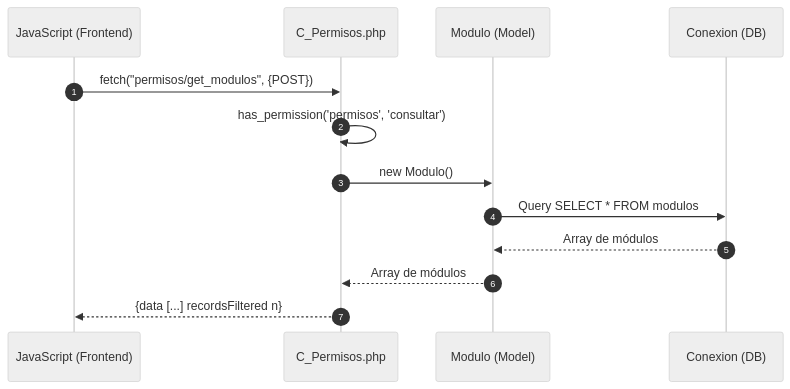
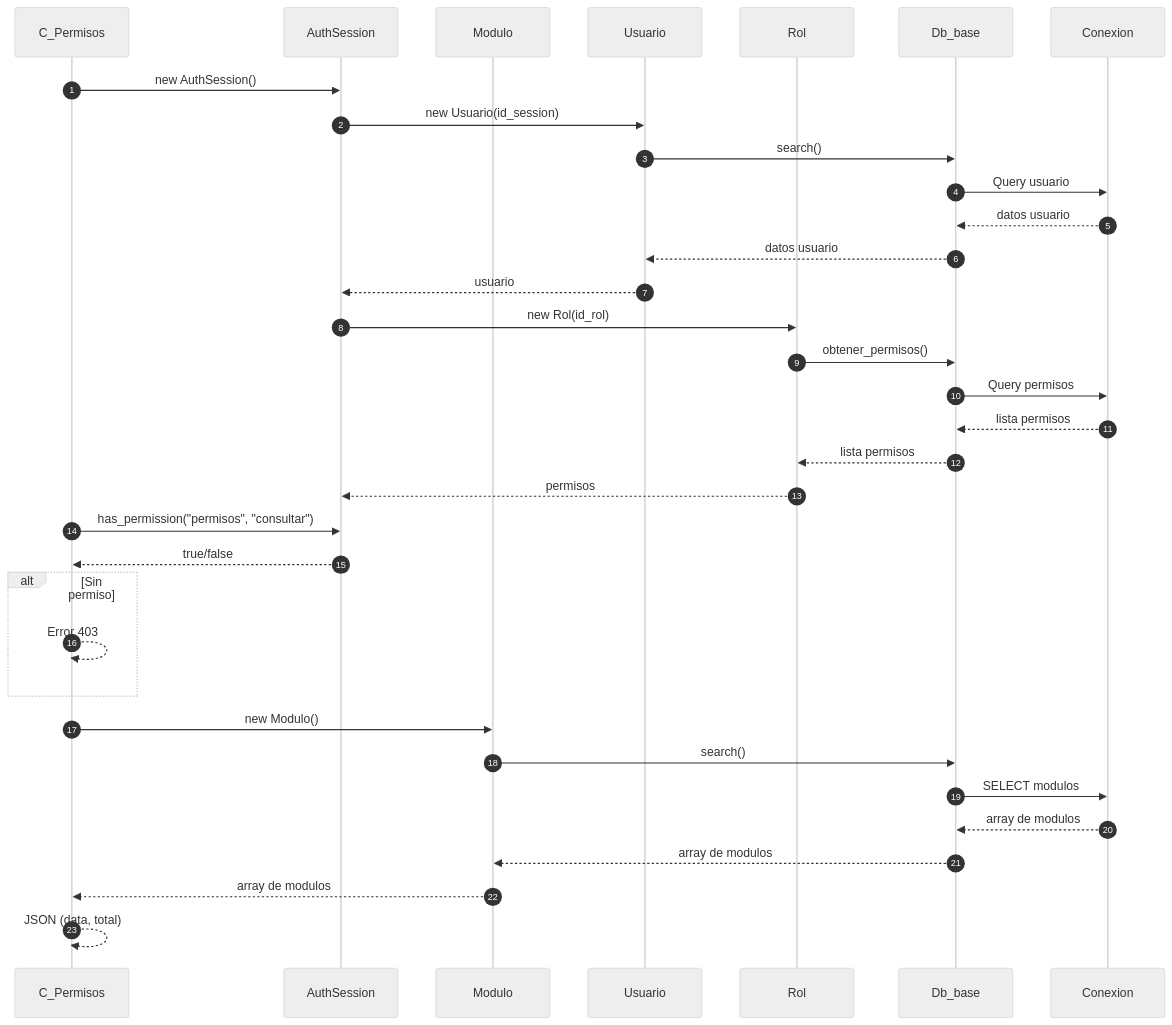
One commit to Tecrato/BurgerHouse changed the first of 4 diagrams in docs/secuencia/permisos/permisos.md. Above: the diagram before and after it, drawn with Mermaid (neutral theme). The commit also changed other lines of this file and 13 other files, not shown here.

First line of the commit message:
diagramas actualizaos

````diff
--- a/docs/secuencia/permisos/permisos.md
+++ b/docs/secuencia/permisos/permisos.md
@@ -5,19 +5,42 @@
 ```mermaid
 sequenceDiagram
     autonumber
-    participant JS as JavaScript (Frontend)
-    participant C_Permisos as C_Permisos.php
-    participant Modulo as Modulo (Model)
-    participant DB as Conexion (DB)
+    participant C_Permisos as C_Permisos
+    participant AuthSession as AuthSession
+    participant Modulo as Modulo
+    participant Usuario as Usuario
+    participant Rol as Rol
+    participant Db_base as Db_base
+    participant Conexion as Conexion
     
-    JS->>C_Permisos: fetch("permisos/get_modulos", {POST})
+    C_Permisos->>AuthSession: new AuthSession()
+    AuthSession->>Usuario: new Usuario(id_session)
+    Usuario->>Db_base: search()
+    Db_base->>Conexion: Query usuario
+    Conexion-->>Db_base: datos usuario
+    Db_base-->>Usuario: datos usuario
+    Usuario-->>AuthSession: usuario
     
-    C_Permisos->>C_Permisos: has_permission('permisos', 'consultar')
+    AuthSession->>Rol: new Rol(id_rol)
+    Rol->>Db_base: obtener_permisos()
+    Db_base->>Conexion: Query permisos
+    Conexion-->>Db_base: lista permisos
+    Db_base-->>Rol: lista permisos
+    Rol-->>AuthSession: permisos
+    
+    C_Permisos->>AuthSession: has_permission("permisos", "consultar")
+    AuthSession-->>C_Permisos: true/false
+    
+    alt Sin permiso
+        C_Permisos-->>C_Permisos: Error 403
+    end
     
     C_Permisos->>Modulo: new Modulo()
-    Modulo->>DB: Query SELECT * FROM modulos
-    DB-->>Modulo: Array de módulos
-    Modulo-->>C_Permisos: Array de módulos
+    Modulo->>Db_base: search()
+    Db_base->>Conexion: SELECT modulos
+    Conexion-->>Db_base: array de modulos
+    Db_base-->>Modulo: array de modulos
+    Modulo-->>C_Permisos: array de modulos
     
-    C_Permisos-->>JS: {data [...] recordsFiltered n}
+    C_Permisos-->>C_Permisos: JSON (data, total)
 ```
````
